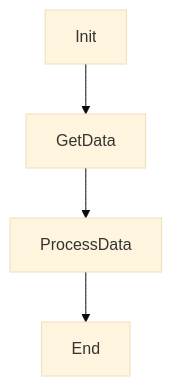
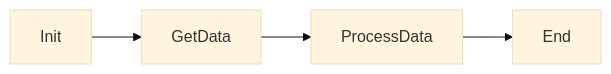
One commit to IvanDS-OF/Power-Automate---Repo---Documentation changed the first of 5 diagrams in Readme.md. Above: the diagram before and after it, drawn with Mermaid (base theme). The commit also changed other lines of this file, not shown here.

````diff
--- a/Readme.md
+++ b/Readme.md
@@ -48,6 +48,6 @@
 ```mermaid
-graph TD;
+graph LR;
     Init --> GetData;
     GetData --> ProcessData;
     ProcessData --> End;
 ```
````
